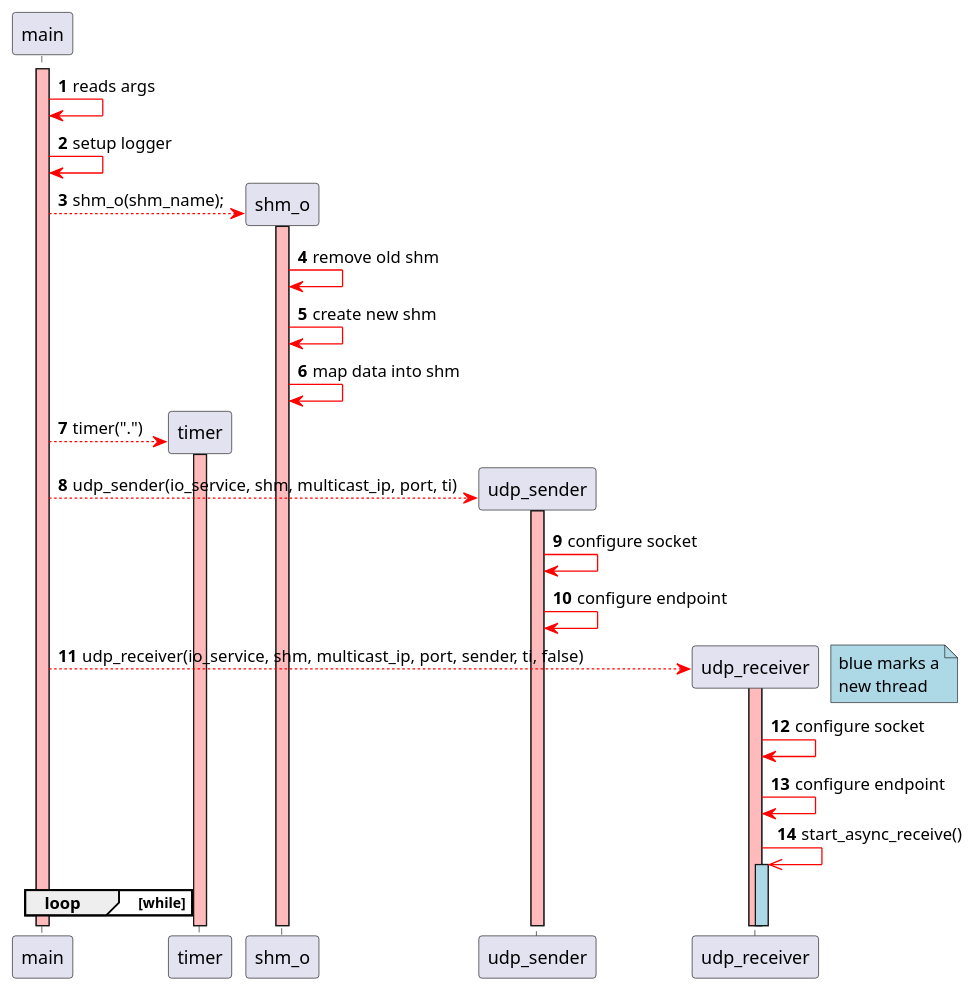
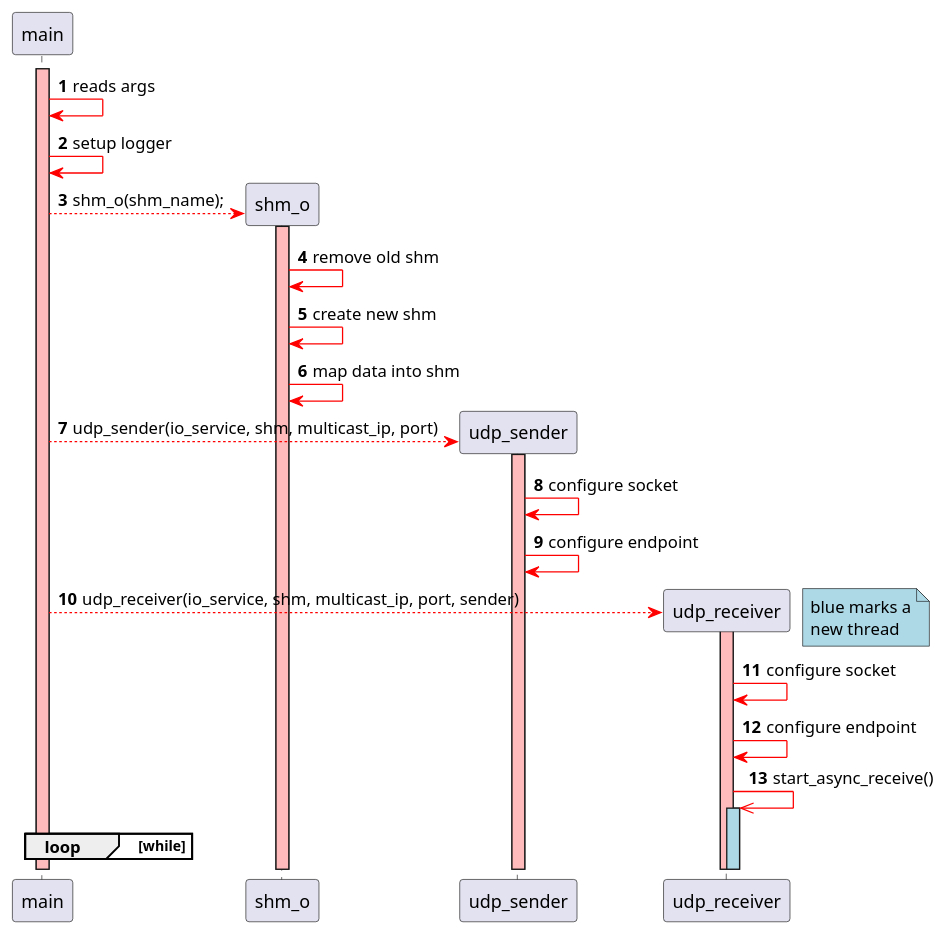
Before and after one commit to niklasdie/Bachelorarbeit_RM: the diagram in docs/squence.puml, drawn with PlantUML. The commit also changed 6 other files, not shown here.

Commit message:
Diagramme bearbeitet

```diff
--- a/docs/squence.puml
+++ b/docs/squence.puml
@@ -1,43 +1,40 @@
 @startuml
 
 autonumber
 
 participant main order 10
-participant timer order 20
 participant shm_o order 30
 participant udp_sender order 40
 participant udp_receiver order 50
 
 activate main #FFBBBB
 
 main -[#red]> main: reads args
 main -[#red]> main: setup logger
 
 main --[#red]> shm_o ** : shm_o(shm_name);
 activate shm_o #FFBBBB
 shm_o -[#red]> shm_o: remove old shm
 shm_o -[#red]> shm_o: create new shm
 shm_o -[#red]> shm_o: map data into shm
-main --[#red]> timer**: timer(".")
-activate timer #FFBBBB
-main --[#red]> udp_sender** : udp_sender(io_service, shm, multicast_ip, port, ti)
+main --[#red]> udp_sender** : udp_sender(io_service, shm, multicast_ip, port)
 activate udp_sender #FFBBBB
 udp_sender -[#red]> udp_sender: configure socket
 udp_sender -[#red]> udp_sender: configure endpoint
-main --[#red]> udp_receiver** : udp_receiver(io_service, shm, multicast_ip, port, sender, ti, false)
+main --[#red]> udp_receiver** : udp_receiver(io_service, shm, multicast_ip, port, sender)
 activate udp_receiver #FFBBBB
 note right #lightblue
 blue marks a
 new thread
 end note
 udp_receiver -[#red]> udp_receiver: configure socket
 udp_receiver -[#red]> udp_receiver: configure endpoint
 udp_receiver -[#red]>> udp_receiver : start_async_receive()
 activate udp_receiver #lightblue
 
 
 loop while
 end
 
 
 @enduml
```
